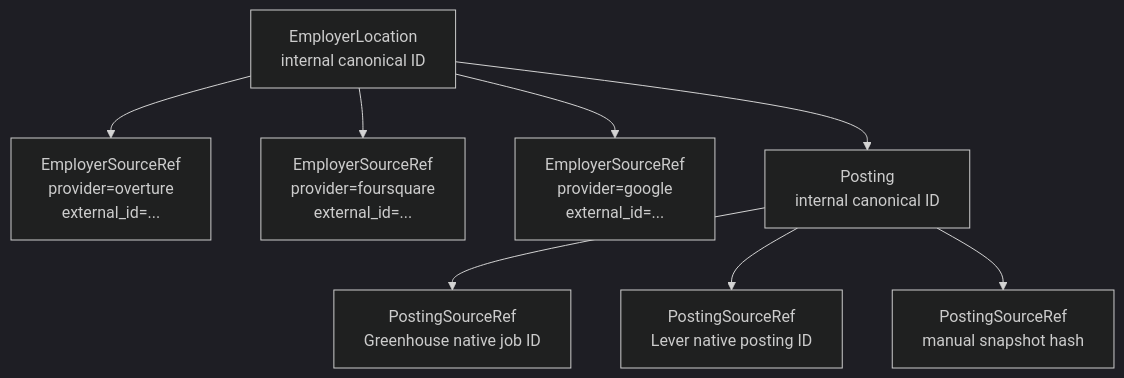
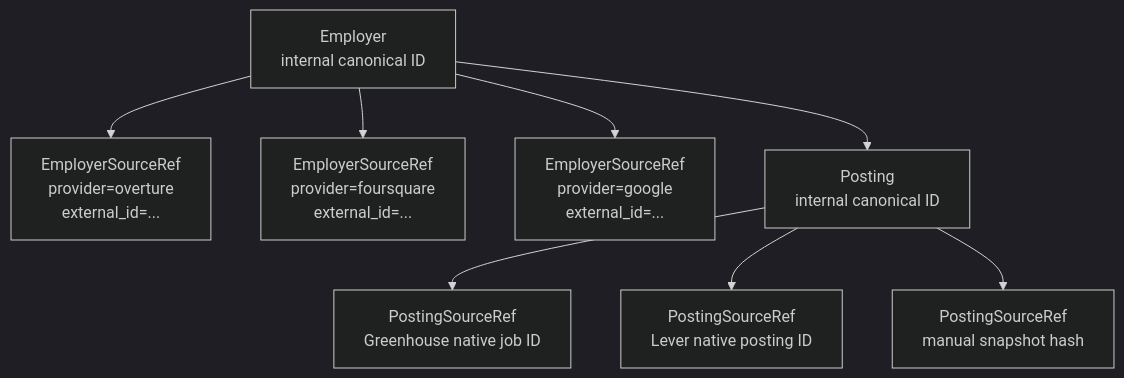
The second of 3 diagrams in docs/planning/01-engineering-plan.md (eveecooper/roborecruiter), drawn with Mermaid (dark theme) before and after one commit. The commit also changed other lines of this file and 7 other files, not shown here.

````diff
--- a/docs/planning/01-engineering-plan.md
+++ b/docs/planning/01-engineering-plan.md
@@ -264,11 +323,11 @@
 ```mermaid
 flowchart TD
-    EL[EmployerLocation\ninternal canonical ID]
+    EL[Employer\ninternal canonical ID]
     EL --> EO[EmployerSourceRef\nprovider=overture\nexternal_id=...]
     EL --> EF[EmployerSourceRef\nprovider=foursquare\nexternal_id=...]
     EL --> EG[EmployerSourceRef\nprovider=google\nexternal_id=...]
     EL --> P[Posting\ninternal canonical ID]
     P --> PG[PostingSourceRef\nGreenhouse native job ID]
     P --> PL[PostingSourceRef\nLever native posting ID]
     P --> PM[PostingSourceRef\nmanual snapshot hash]
 ```
````
